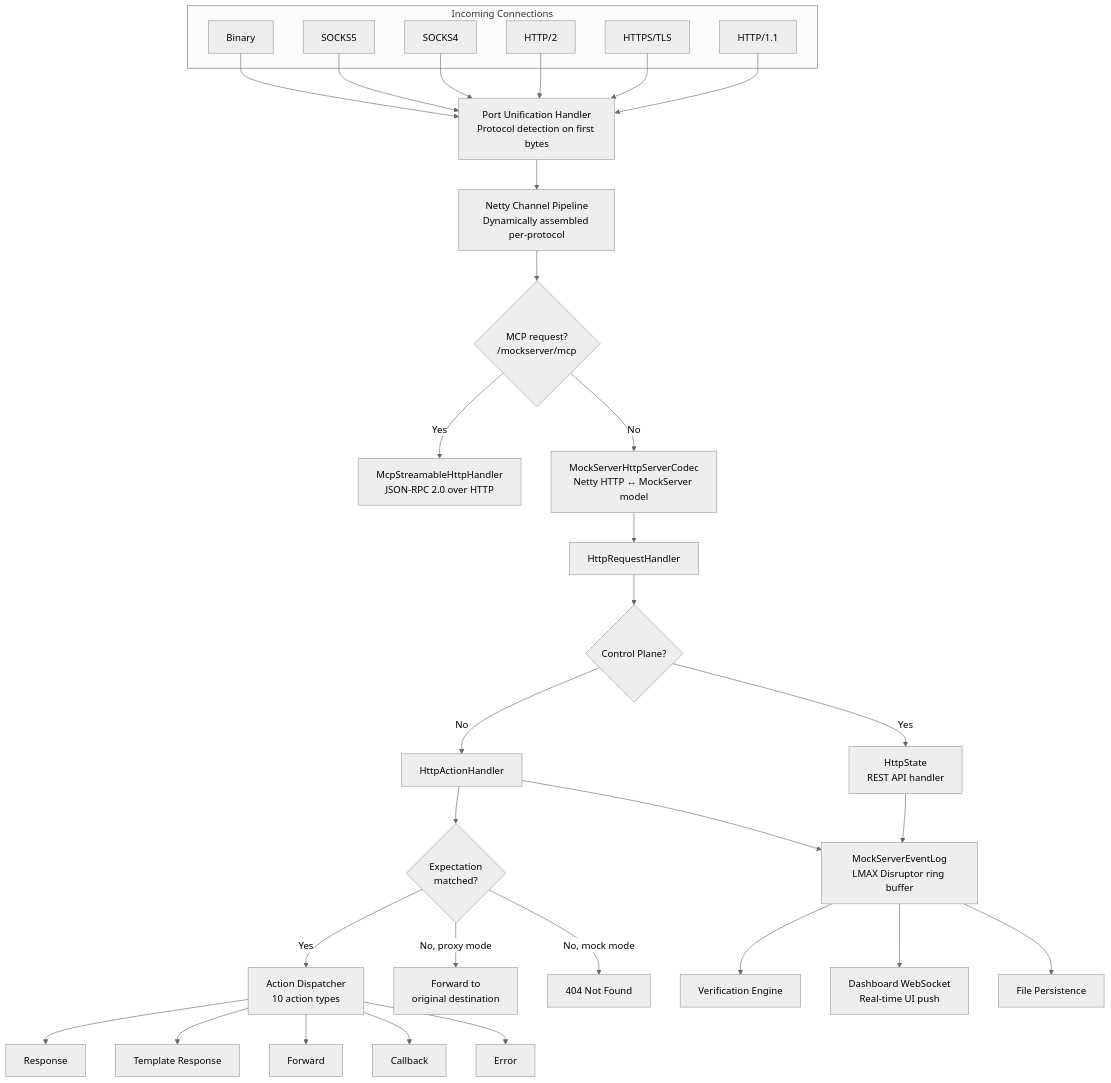
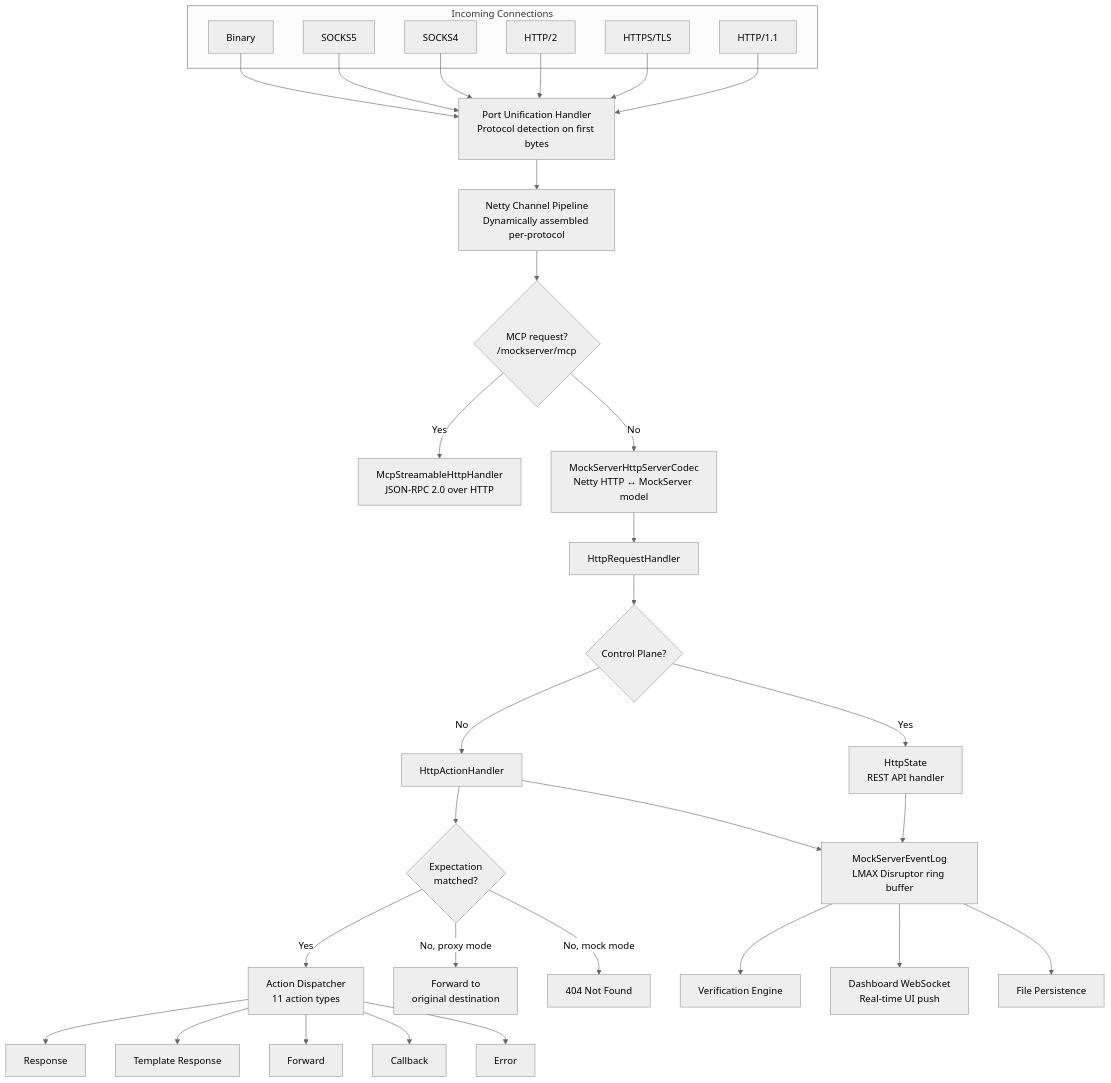
The first of 2 diagrams in docs/code/overview.md (mock-server/mockserver), drawn with Mermaid (neutral theme) before and after one commit. The commit also changed other lines of this file and 42 other files, not shown here.

````diff
--- a/docs/code/overview.md
+++ b/docs/code/overview.md
@@ -55,57 +55,57 @@
 ```mermaid
 graph TB
     subgraph "Incoming Connections"
         HTTP[HTTP/1.1]
         HTTPS[HTTPS/TLS]
         H2[HTTP/2]
         S4[SOCKS4]
         S5[SOCKS5]
         BIN[Binary]
     end
 
     PU["Port Unification Handler
 Protocol detection on first bytes"]
 
     HTTP --> PU
     HTTPS --> PU
     H2 --> PU
     S4 --> PU
     S5 --> PU
     BIN --> PU
 
     PU --> PIPELINE["Netty Channel Pipeline
 Dynamically assembled per-protocol"]
 
     PIPELINE --> MCP_CHK{"MCP request?\n/mockserver/mcp"}
     MCP_CHK -->|Yes| MCP_HANDLER["McpStreamableHttpHandler\nJSON-RPC 2.0 over HTTP"]
     MCP_CHK -->|No| CODEC["MockServerHttpServerCodec\nNetty HTTP ↔ MockServer model"]
     CODEC --> HANDLER[HttpRequestHandler]
 
     HANDLER --> CP{Control Plane?}
     CP -->|Yes| STATE["HttpState
 REST API handler"]
     CP -->|No| ACTION[HttpActionHandler]
 
     ACTION --> MATCH{"Expectation
 matched?"}
     MATCH -->|Yes| DISPATCH["Action Dispatcher
-10 action types"]
+11 action types"]
     MATCH -->|No, proxy mode| FWD["Forward to
 original destination"]
     MATCH -->|No, mock mode| NF[404 Not Found]
 
     DISPATCH --> RESP[Response]
     DISPATCH --> TEMPLATE[Template Response]
     DISPATCH --> FORWARD[Forward]
     DISPATCH --> CALLBACK[Callback]
     DISPATCH --> ERROR[Error]
 
     STATE --> LOG["MockServerEventLog
 LMAX Disruptor ring buffer"]
     ACTION --> LOG
 
     LOG --> VERIFY[Verification Engine]
     LOG --> DASH["Dashboard WebSocket
 Real-time UI push"]
     LOG --> PERSIST[File Persistence]
 ```
````
